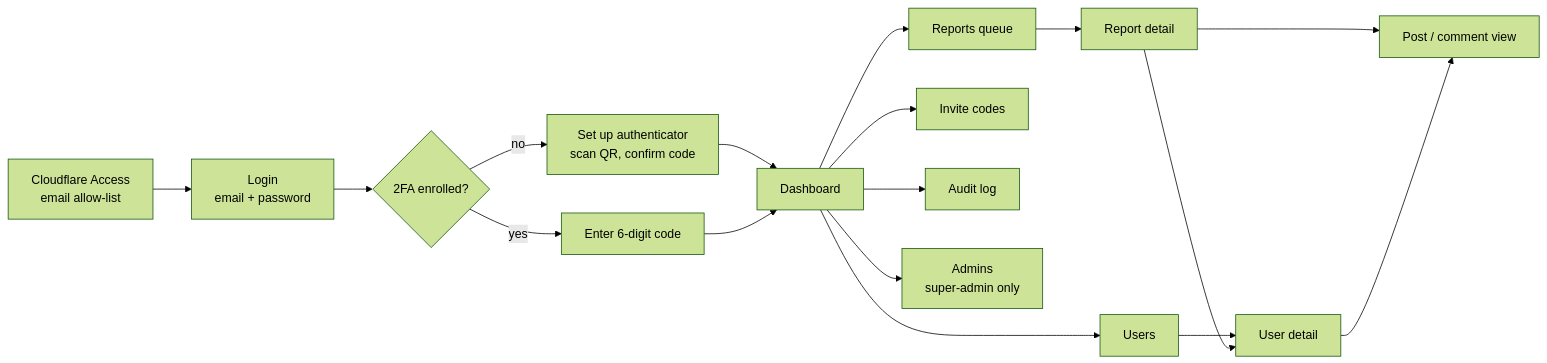
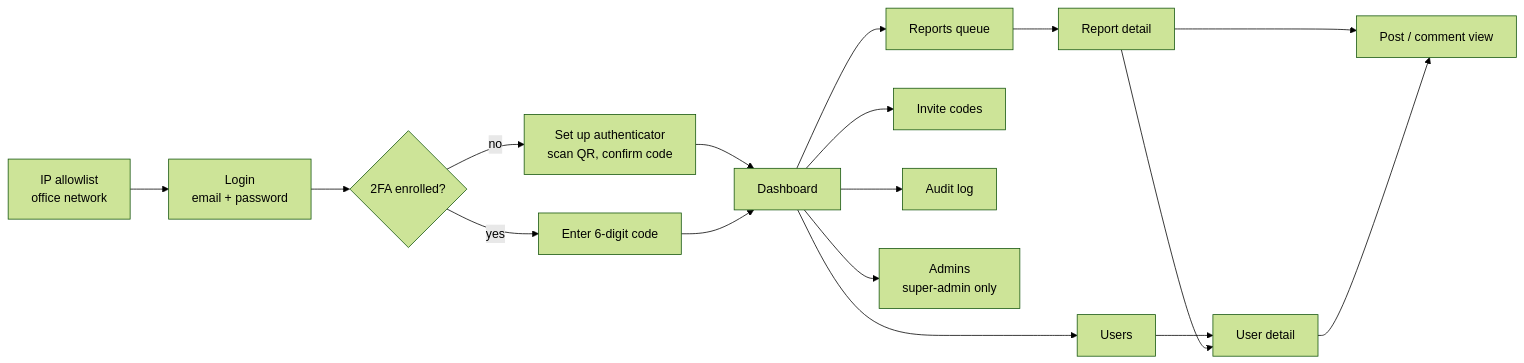
Before and after one commit to baraka-machumu/jamii-air: the third of 3 diagrams in docs/03-app-flow-document.md, drawn with Mermaid (forest theme). The commit also changed other lines of this file and 6 other files, not shown here.

````diff
--- a/docs/03-app-flow-document.md
+++ b/docs/03-app-flow-document.md
@@ -299,17 +299,17 @@
 ```mermaid
 flowchart LR
-    CFA[Cloudflare Access<br/>email allow-list] --> LOGIN[Login<br/>email + password]
+    CFA[IP allowlist<br/>office network] --> LOGIN[Login<br/>email + password]
     LOGIN --> ENR{2FA enrolled?}
     ENR -- no --> SETUP[Set up authenticator<br/>scan QR, confirm code]
     ENR -- yes --> TOTP[Enter 6-digit code]
     SETUP --> DASH
     TOTP --> DASH[Dashboard]
     DASH --> REP[Reports queue] --> RD[Report detail]
     DASH --> USR[Users] --> UD[User detail]
     DASH --> INV[Invite codes]
     DASH --> AUD[Audit log]
     DASH --> ADMS[Admins<br/>super-admin only]
     RD --> UD
     RD --> PD[Post / comment view]
     UD --> PD
 ```
````
